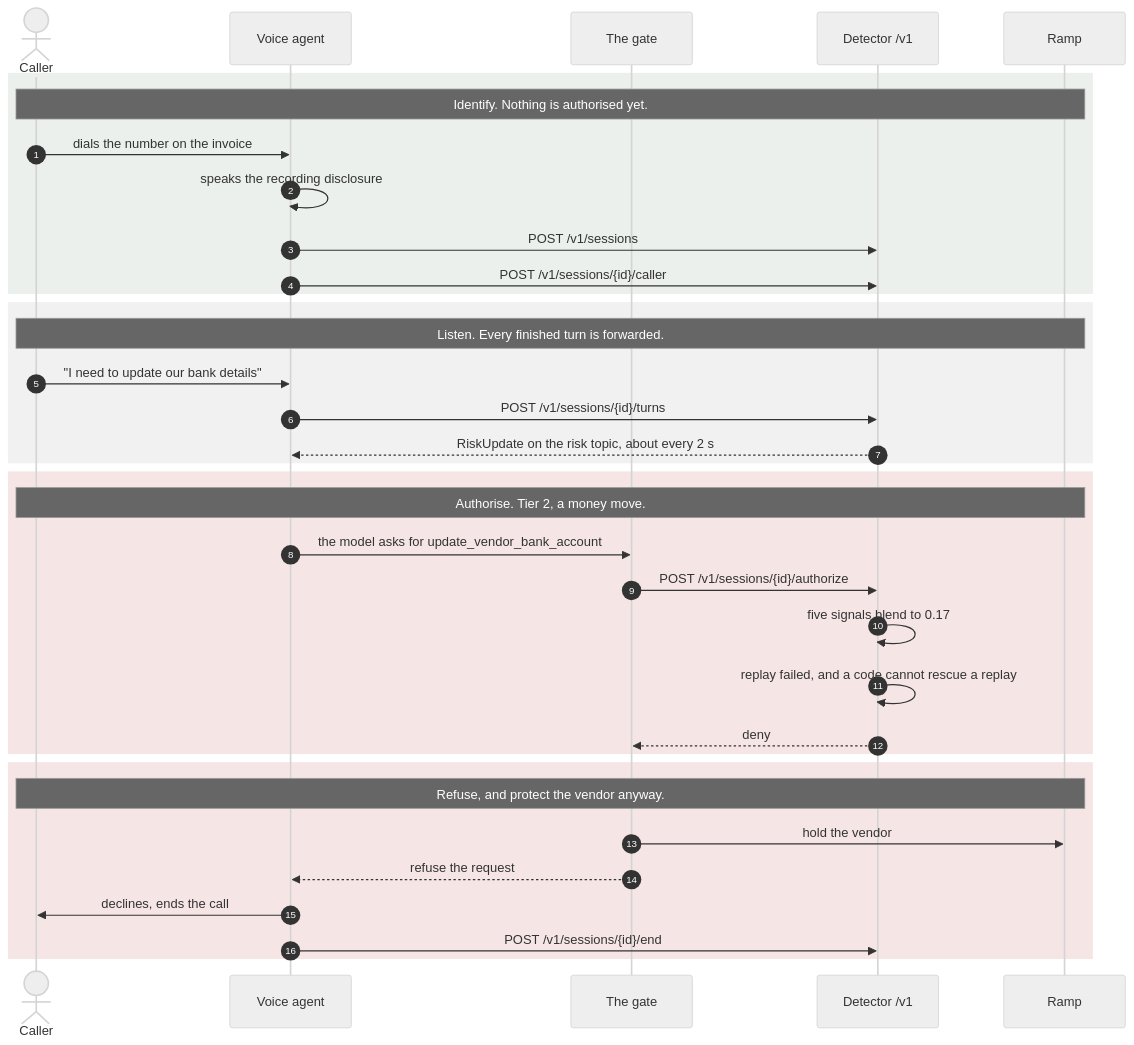
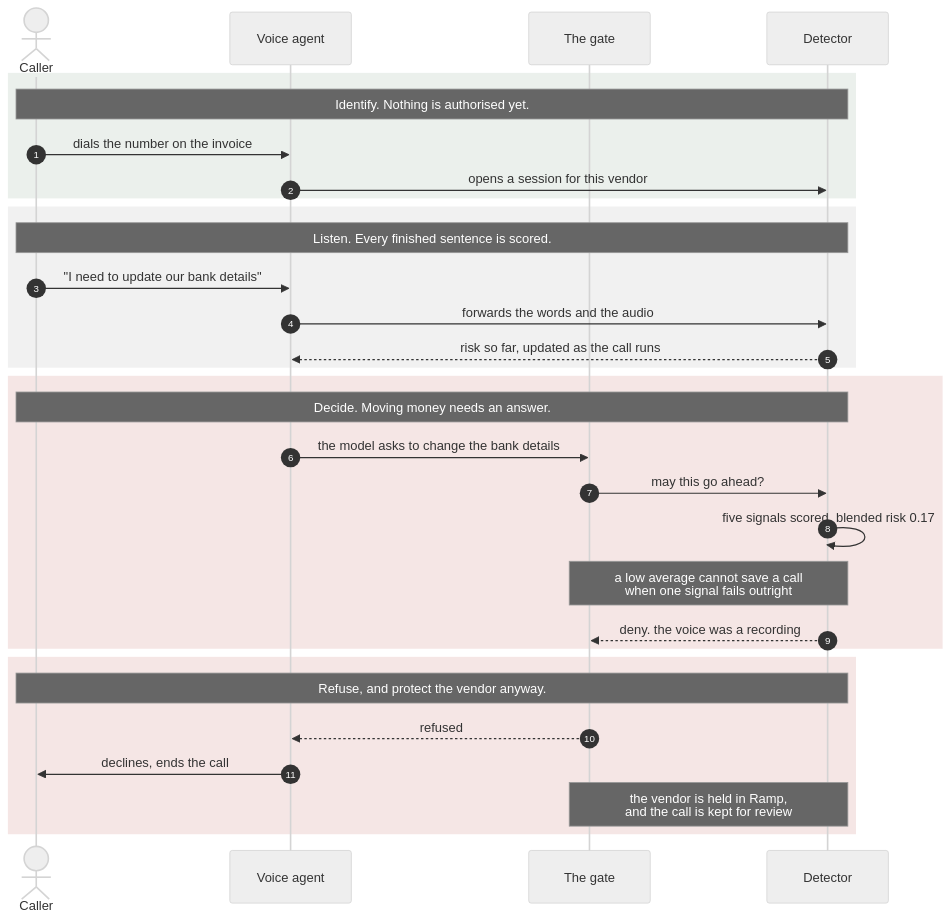
The first of 3 diagrams in README.md (vsahasi/callback), drawn with Mermaid (neutral theme) before and after one commit. The commit also changed 1 other file, not shown here.

Commit message:
docs: plainer sequence diagram, round 2 architecture answer
The README sequence diagram drops the endpoint names and the Ramp lane and
says what each step does in words. round2-architecture.md becomes the
submission answer, with a section recording what an earlier draft got wrong
about the listener and about the cloned voice figure.

````diff
--- a/README.md
+++ b/README.md
@@ -45,41 +45,37 @@
 ```mermaid
 sequenceDiagram
     autonumber
     actor Caller
     participant Agent as Voice agent
     participant Gate as The gate
-    participant Det as Detector /v1
-    participant Ramp
+    participant Det as Detector
 
     rect rgba(61,107,69,0.10)
-        note over Caller,Ramp: Identify. Nothing is authorised yet.
+        note over Caller,Det: Identify. Nothing is authorised yet.
         Caller->>Agent: dials the number on the invoice
-        Agent->>Agent: speaks the recording disclosure
-        Agent->>Det: POST /v1/sessions
-        Agent->>Det: POST /v1/sessions/{id}/caller
+        Agent->>Det: opens a session for this vendor
     end
 
     rect rgba(25,23,20,0.06)
-        note over Caller,Ramp: Listen. Every finished turn is forwarded.
+        note over Caller,Det: Listen. Every finished sentence is scored.
         Caller->>Agent: "I need to update our bank details"
-        Agent->>Det: POST /v1/sessions/{id}/turns
-        Det-->>Agent: RiskUpdate on the risk topic, about every 2 s
+        Agent->>Det: forwards the words and the audio
+        Det-->>Agent: risk so far, updated as the call runs
     end
 
     rect rgba(168,50,42,0.12)
-        note over Caller,Ramp: Authorise. Tier 2, a money move.
-        Agent->>Gate: the model asks for update_vendor_bank_account
-        Gate->>Det: POST /v1/sessions/{id}/authorize
-        Det->>Det: five signals blend to 0.17
-        Det->>Det: replay failed, and a code cannot rescue a replay
-        Det-->>Gate: deny
+        note over Caller,Det: Decide. Moving money needs an answer.
+        Agent->>Gate: the model asks to change the bank details
+        Gate->>Det: may this go ahead?
+        Det->>Det: five signals scored, blended risk 0.17
+        note over Gate,Det: a low average cannot save a call<br/>when one signal fails outright
+        Det-->>Gate: deny. the voice was a recording
     end
 
     rect rgba(168,50,42,0.12)
-        note over Caller,Ramp: Refuse, and protect the vendor anyway.
-        Gate->>Ramp: hold the vendor
-        Gate-->>Agent: refuse the request
+        note over Caller,Det: Refuse, and protect the vendor anyway.
+        Gate-->>Agent: refused
         Agent->>Caller: declines, ends the call
-        Agent->>Det: POST /v1/sessions/{id}/end
+        note over Gate,Det: the vendor is held in Ramp,<br/>and the call is kept for review
     end
 ```
````
